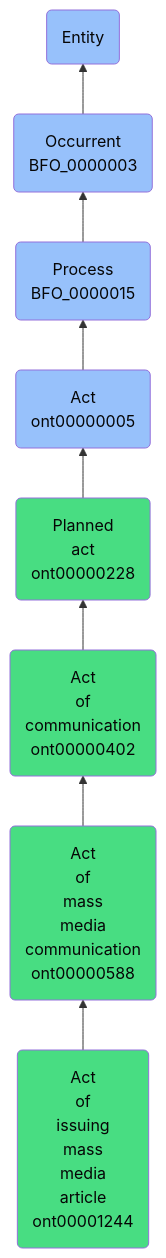
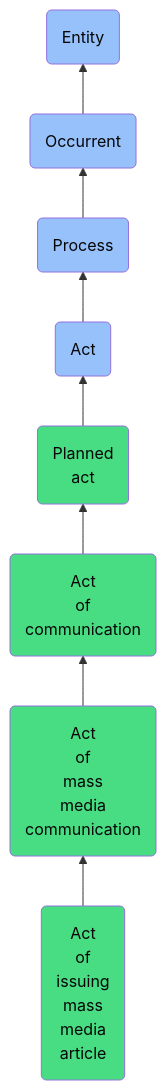
One commit to jupyter-naas/abi changed the diagram in docs/ontology/reference/model/Entity/Occurrent/Process/Act/Planned act/Act of communication/Act of mass media communication/Act of issuing mass media article/Act of issuing mass media article.md. Above: the diagram before and after it, drawn with Mermaid. The commit also changed other lines of this file and 1430 other files, not shown here.

````diff
--- a/docs/ontology/reference/model/Entity/Occurrent/Process/Act/Planned act/Act of communication/Act of mass media communication/Act of issuing mass media article/Act of issuing mass media article.md
+++ b/docs/ontology/reference/model/Entity/Occurrent/Process/Act/Planned act/Act of communication/Act of mass media communication/Act of issuing mass media article/Act of issuing mass media article.md
@@ -24,15 +24,15 @@
 ```mermaid
 graph BT
-    ont00001244(Act<br>of<br>issuing<br>mass<br>media<br>article<br>ont00001244):::ABI-->ont00000588
-    ont00000588(Act<br>of<br>mass<br>media<br>communication<br>ont00000588):::ABI-->ont00000402
-    ont00000402(Act<br>of<br>communication<br>ont00000402):::ABI-->ont00000228
-    ont00000228(Planned<br>act<br>ont00000228):::ABI-->ont00000005
-    ont00000005(Act<br>ont00000005):::BFO-->BFO_0000015
-    BFO_0000015(Process<br>BFO_0000015):::BFO-->BFO_0000003
-    BFO_0000003(Occurrent<br>BFO_0000003):::BFO-->BFO_0000001
+    ont00001244(Act<br>of<br>issuing<br>mass<br>media<br>article):::ABI-->ont00000588
+    ont00000588(Act<br>of<br>mass<br>media<br>communication):::ABI-->ont00000402
+    ont00000402(Act<br>of<br>communication):::ABI-->ont00000228
+    ont00000228(Planned<br>act):::ABI-->ont00000005
+    ont00000005(Act):::BFO-->BFO_0000015
+    BFO_0000015(Process):::BFO-->BFO_0000003
+    BFO_0000003(Occurrent):::BFO-->BFO_0000001
     BFO_0000001(Entity):::BFO
     
     classDef BFO fill:#97c1fb,color:#060606
     classDef CCO fill:#e4c51e,color:#060606
     classDef ABI fill:#48DD82,color:#060606
 ```
````
